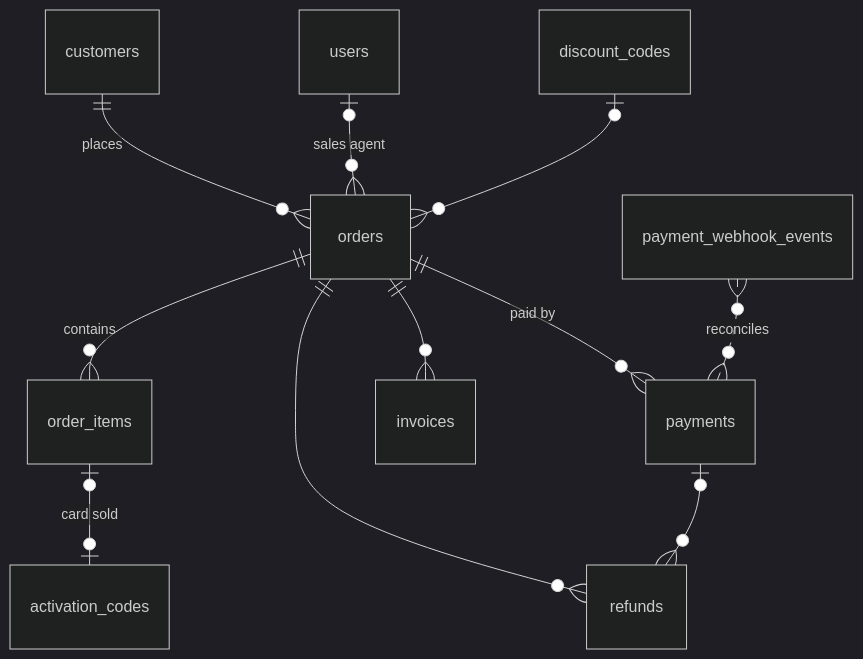
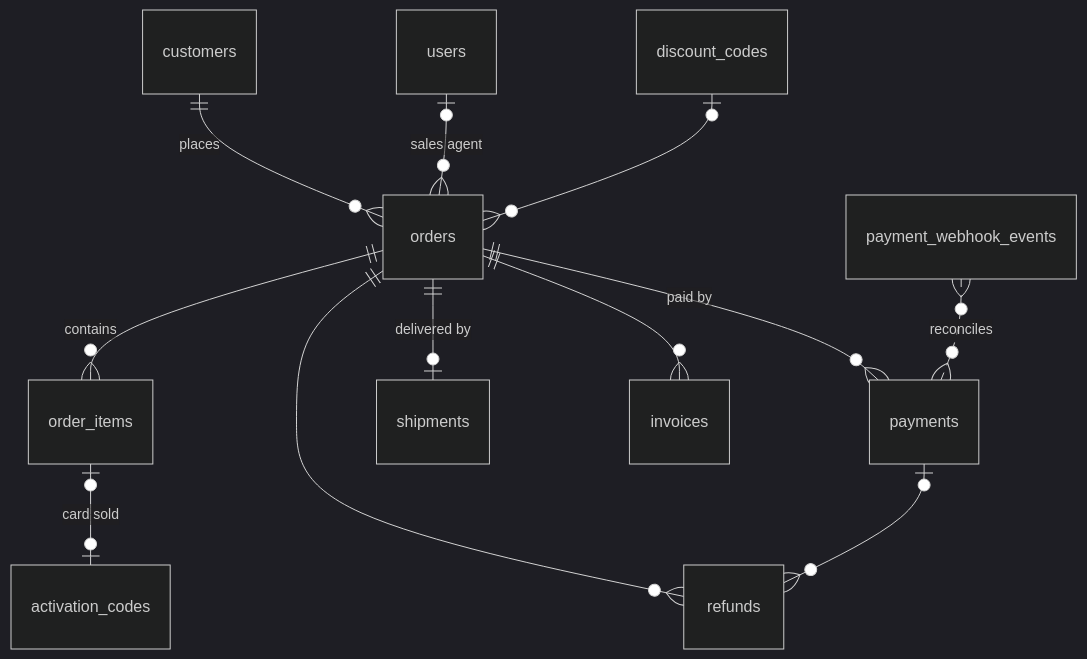
The third of 4 diagrams in docs/DATABASE.md (alasillp-star/course), drawn with Mermaid (dark theme) before and after one commit. The commit also changed other lines of this file and 12 other files, not shown here.

````diff
--- a/docs/DATABASE.md
+++ b/docs/DATABASE.md
@@ -151,13 +154,14 @@
 ```mermaid
 erDiagram
   customers ||--o{ orders : places
   users |o--o{ orders : "sales agent"
   discount_codes |o--o{ orders : ""
   orders ||--o{ order_items : contains
   order_items |o--o| activation_codes : "card sold"
   orders ||--o{ payments : "paid by"
+  orders ||--o| shipments : "delivered by"
   orders ||--o{ refunds : ""
   payments |o--o{ refunds : ""
   orders ||--o{ invoices : ""
   payment_webhook_events }o..o{ payments : "reconciles"
 ```
````
